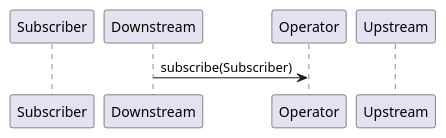
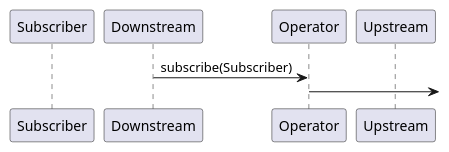
Before and after one commit to yanghoon/obsidian-workspace: the second of 2 diagrams in _diary/2024-06-18.md, drawn with PlantUML.

Commit message:
vault backup: 2024-06-19 00:32:41

````diff
--- a/_diary/2024-06-18.md
+++ b/_diary/2024-06-18.md
@@ -37,12 +37,13 @@
 ```plantuml
 @startuml
 
 participant Subscriber as Sub
 participant Downstream as Down
 participant Operator as Ops
 participant Upstream as Up
 
 Down -> Ops: subscribe(Subscriber)
+Ops -> 
 
 @enduml
 ```
````
